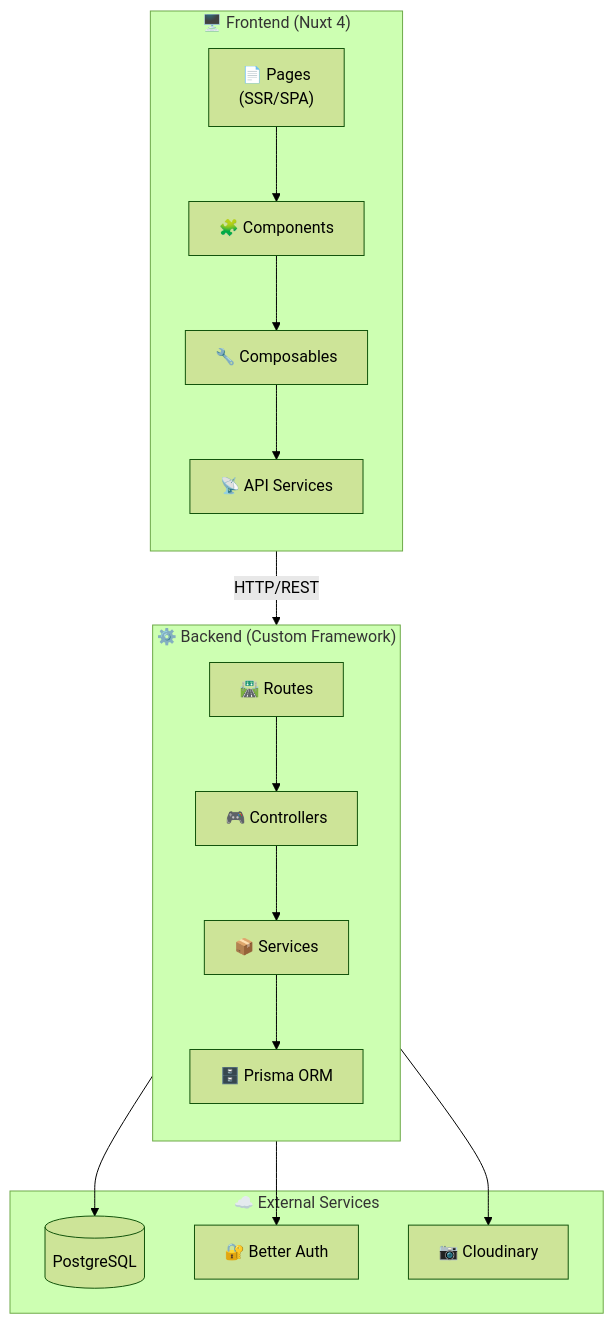
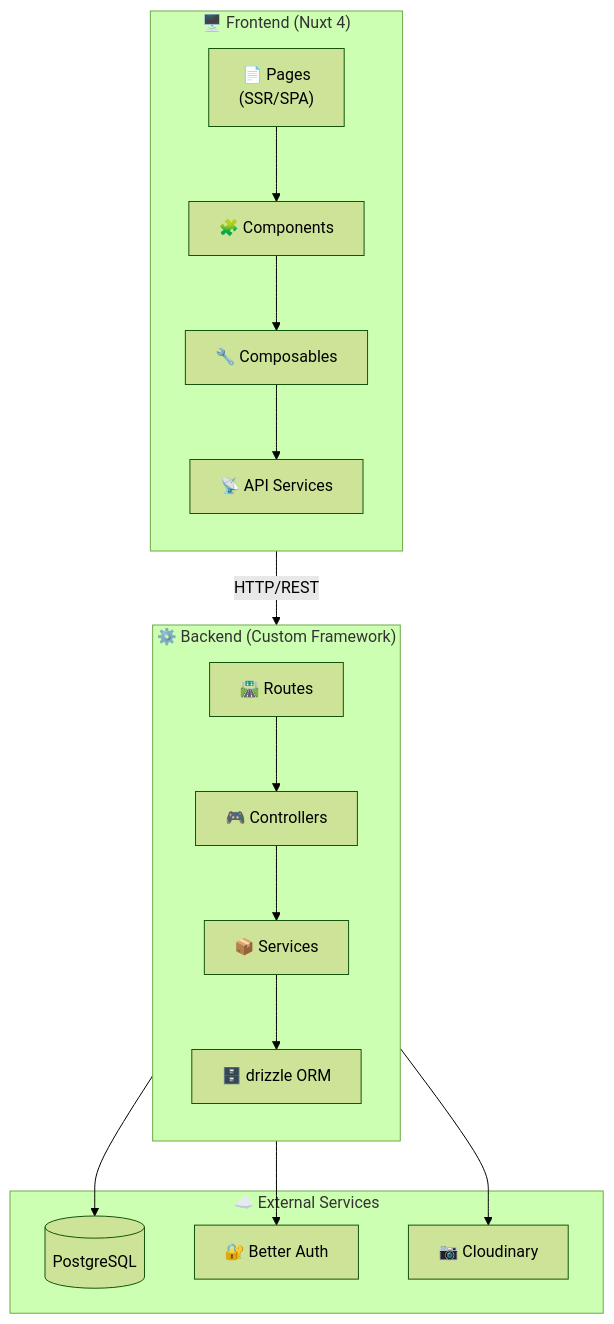
One commit to primahagantha/hagblog changed the first of 2 diagrams in README.md. Above: the diagram before and after it, drawn with Mermaid (forest theme). The commit also changed other lines of this file, not shown here.

````diff
--- a/README.md
+++ b/README.md
@@ -76,37 +76,37 @@
 ```mermaid
 flowchart TB
     subgraph Client["🖥️ Frontend (Nuxt 4)"]
         direction TB
         Pages["📄 Pages<br/>(SSR/SPA)"]
         Components["🧩 Components"]
         Composables["🔧 Composables"]
         Services["📡 API Services"]
     end
 
     subgraph Server["⚙️ Backend (Custom Framework)"]
         direction TB
         Routes["🛣️ Routes"]
         Controllers["🎮 Controllers"]
         ServiceLayer["📦 Services"]
-        Prisma["🗄️ Prisma ORM"]
+        drizzle["🗄️ drizzle ORM"]
     end
 
     subgraph External["☁️ External Services"]
         DB[(PostgreSQL)]
         BetterAuth["🔐 Better Auth"]
         Cloudinary["📷 Cloudinary"]
     end
 
     Client --> |"HTTP/REST"| Server
     Pages --> Components
     Components --> Composables
     Composables --> Services
     
     Routes --> Controllers
     Controllers --> ServiceLayer
-    ServiceLayer --> Prisma
+    ServiceLayer --> drizzle
     
-    Prisma --> DB
+    drizzle --> DB
     Server --> BetterAuth
     Server --> Cloudinary
 ```
````
